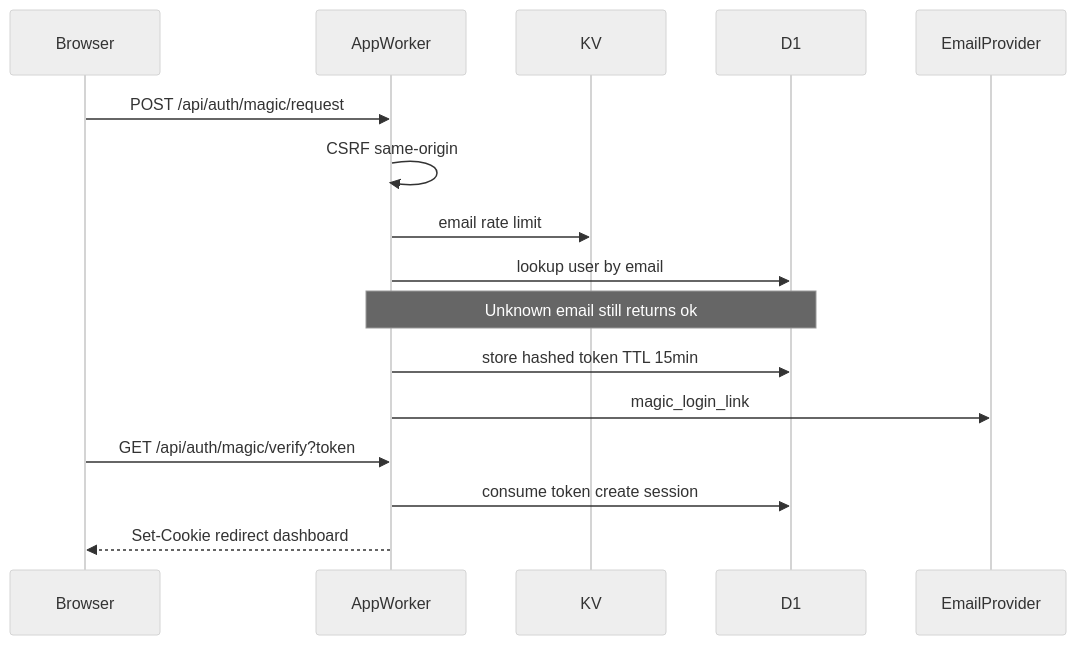
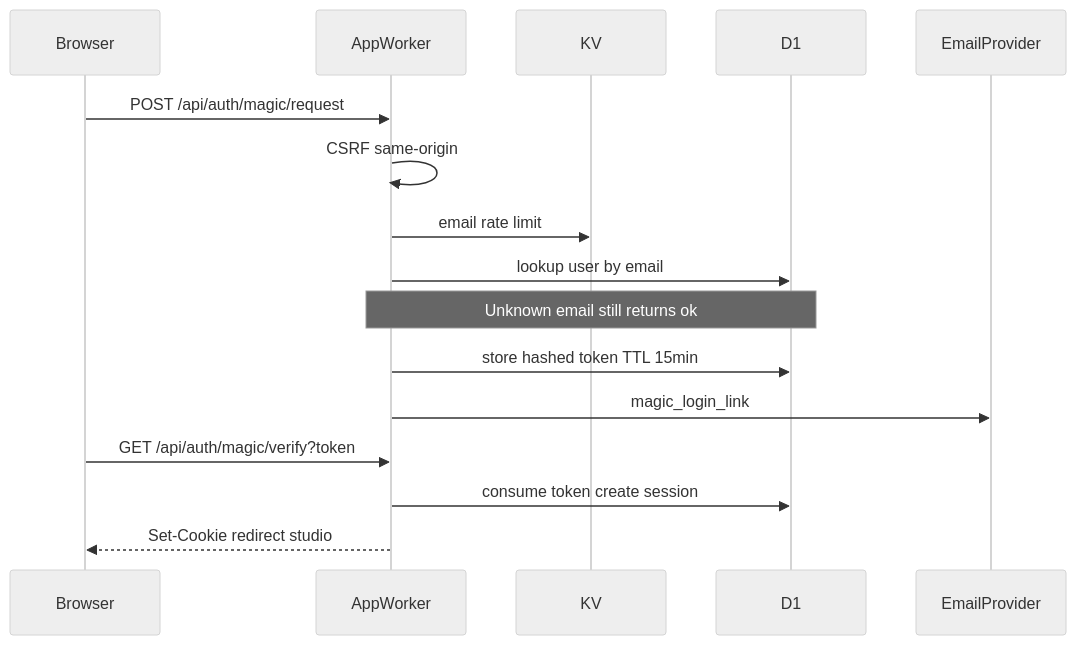
Before and after one commit to lucas-winter-berlin/OpenPractice-Showcase: the third of 5 diagrams in docs/architecture.md, drawn with Mermaid (neutral theme). The commit also changed other lines of this file and 6 other files, not shown here.

````diff
--- a/docs/architecture.md
+++ b/docs/architecture.md
@@ -74,18 +80,18 @@
 ```mermaid
 sequenceDiagram
   participant Browser
   participant API as AppWorker
   participant KV as KV
   participant D1 as D1
   participant Mail as EmailProvider
   Browser->>API: POST /api/auth/magic/request
   API->>API: CSRF same-origin
   API->>KV: email rate limit
   API->>D1: lookup user by email
   Note over API,D1: Unknown email still returns ok
   API->>D1: store hashed token TTL 15min
   API->>Mail: magic_login_link
   Browser->>API: GET /api/auth/magic/verify?token
   API->>D1: consume token create session
-  API-->>Browser: Set-Cookie redirect dashboard
+  API-->>Browser: Set-Cookie redirect studio
 ```
````
